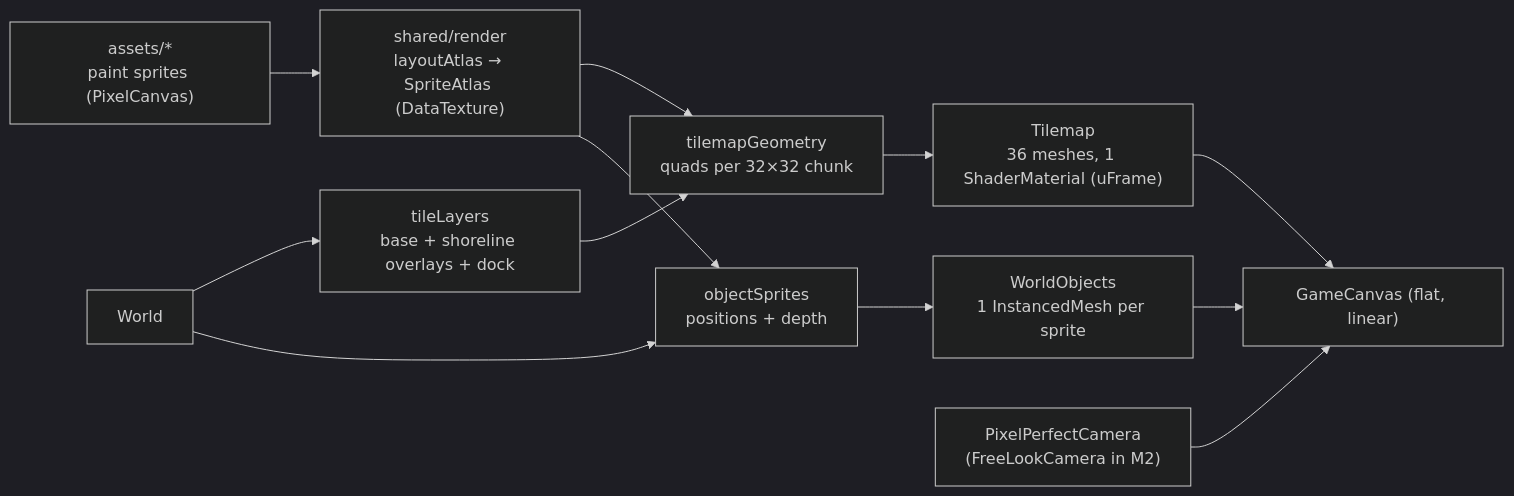
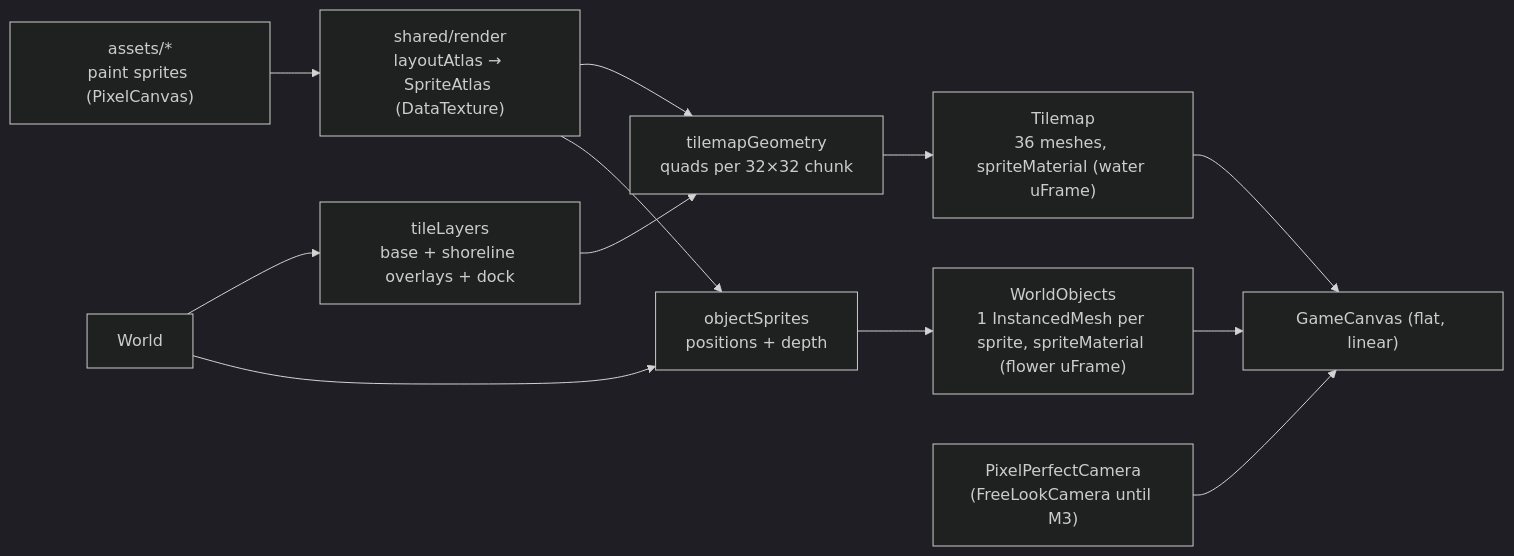
Before and after one commit to charlesj29/slow-living: the second of 2 diagrams in docs/ARCHITECTURE.md, drawn with Mermaid (dark theme). The commit also changed other lines of this file and 31 other files, not shown here.

````diff
--- a/docs/ARCHITECTURE.md
+++ b/docs/ARCHITECTURE.md
@@ -145,14 +147,14 @@
 ```mermaid
 flowchart LR
   Paint["assets/*<br/>paint sprites (PixelCanvas)"] --> Atlas["shared/render<br/>layoutAtlas → SpriteAtlas (DataTexture)"]
   World["World"] --> Layers["tileLayers<br/>base + shoreline overlays + dock"]
   Layers --> Geo["tilemapGeometry<br/>quads per 32×32 chunk"]
   Atlas --> Geo
-  Geo --> Tilemap["Tilemap<br/>36 meshes, 1 ShaderMaterial (uFrame)"]
+  Geo --> Tilemap["Tilemap<br/>36 meshes, spriteMaterial (water uFrame)"]
   World --> Objs["objectSprites<br/>positions + depth"]
   Atlas --> Objs
-  Objs --> Inst["WorldObjects<br/>1 InstancedMesh per sprite"]
-  Cam["PixelPerfectCamera<br/>(FreeLookCamera in M2)"] --> Canvas["GameCanvas (flat, linear)"]
+  Objs --> Inst["WorldObjects<br/>1 InstancedMesh per sprite, spriteMaterial (flower uFrame)"]
+  Cam["PixelPerfectCamera<br/>(FreeLookCamera until M3)"] --> Canvas["GameCanvas (flat, linear)"]
   Tilemap --> Canvas
   Inst --> Canvas
 ```
````
